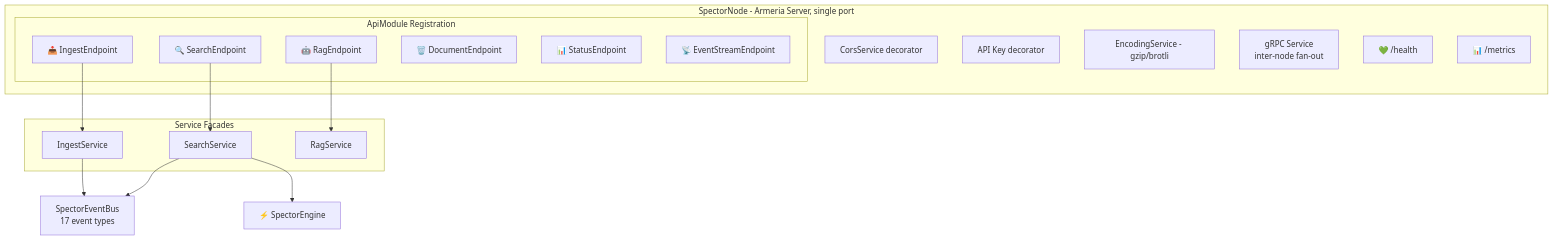
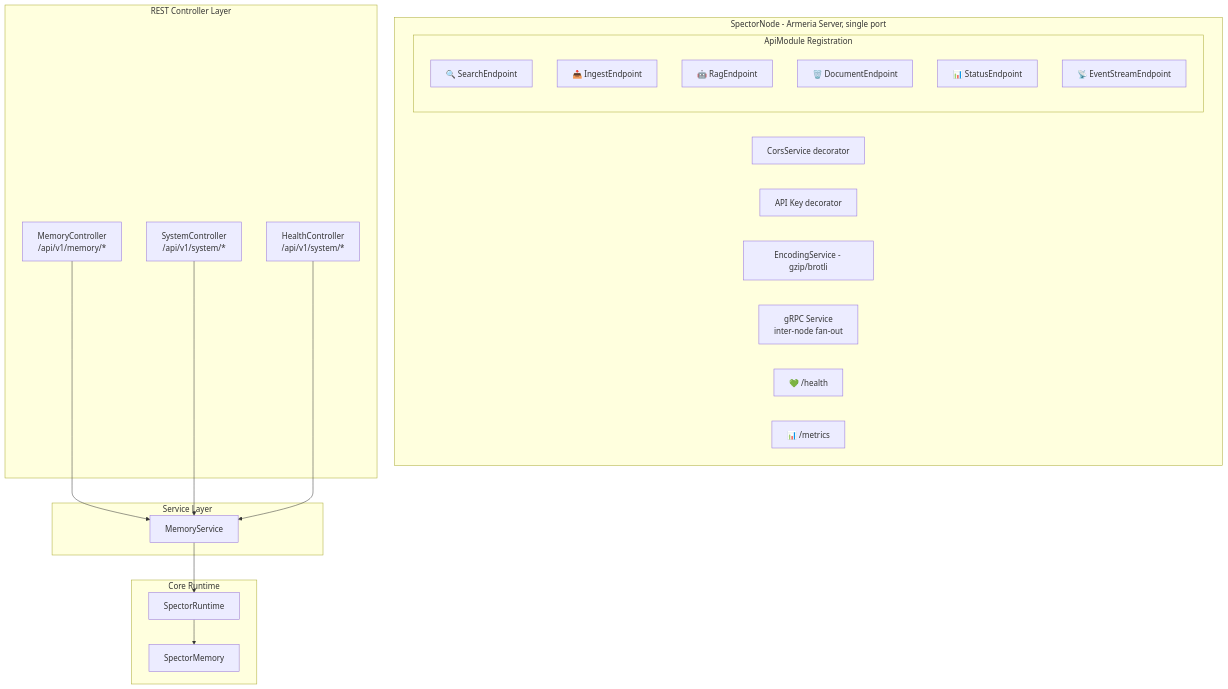
Diagram 12 of 12 in docs/docs/architecture/overview.md (spectrayan/spector), drawn with Mermaid before and after one commit. The commit also changed other lines of this file and 34 other files, not shown here.

First line of the commit message:
docs(docs): align project documentation with memory recall architecture (#321)

````diff
--- a/docs/docs/architecture/overview.md
+++ b/docs/docs/architecture/overview.md
@@ -584,31 +587,38 @@
 ```mermaid
 graph TD
     subgraph "SpectorNode - Armeria Server, single port"
         CORS["CorsService decorator"]
         Auth["API Key decorator"]
         COMPRESS["EncodingService - gzip/brotli"]
         subgraph "ApiModule Registration"
             SE["🔍 SearchEndpoint"]
             IE["📥 IngestEndpoint"]
             RE["🤖 RagEndpoint"]
             DE["🗑️ DocumentEndpoint"]
             STE["📊 StatusEndpoint"]
             ESE["📡 EventStreamEndpoint"]
         end
         gRPC["gRPC Service<br/>inter-node fan-out"]
         HEALTH["💚 /health"]
         PROM["📊 /metrics"]
     end
 
-    subgraph "Service Facades"
-        SS["SearchService"]
-        IS["IngestService"]
-        RS["RagService"]
+    subgraph "REST Controller Layer"
+        MC["MemoryController<br/>/api/v1/memory/*"]
+        SC["SystemController<br/>/api/v1/system/*"]
+        HC["HealthController<br/>/api/v1/system/*"]
     end
 
-    SE --> SS
-    IE --> IS
-    RE --> RS
-    SS & IS --> EB["SpectorEventBus<br/>17 event types"]
-    SS --> ENGINE["⚡ SpectorEngine"]
+    subgraph "Service Layer"
+        MS["MemoryService"]
+    end
+
+    subgraph "Core Runtime"
+        SR["SpectorRuntime"]
+        SM["SpectorMemory"]
+    end
+
+    MC & SC & HC --> MS
+    MS --> SR
+    SR --> SM
 ```
````
